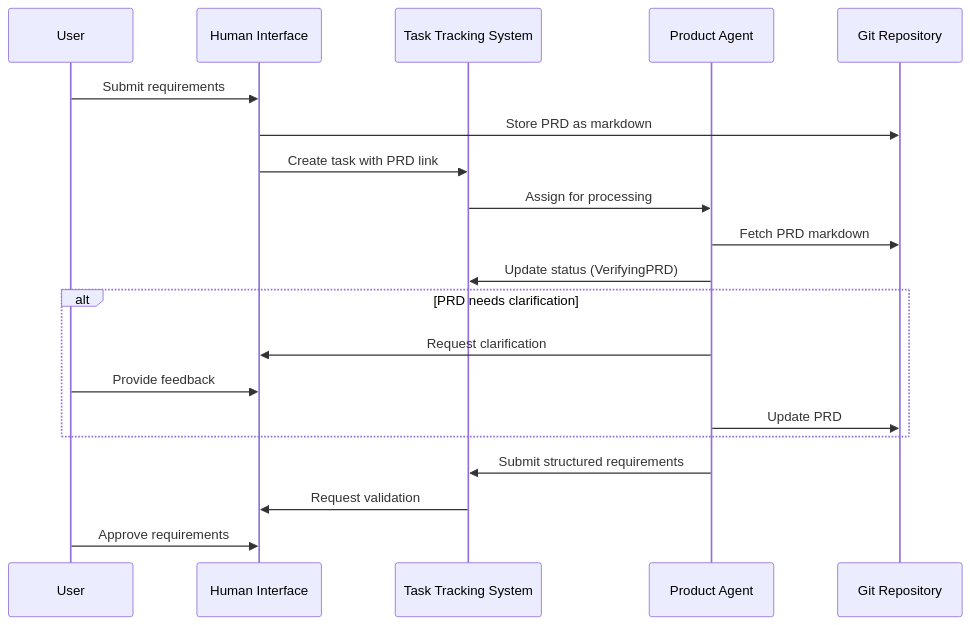
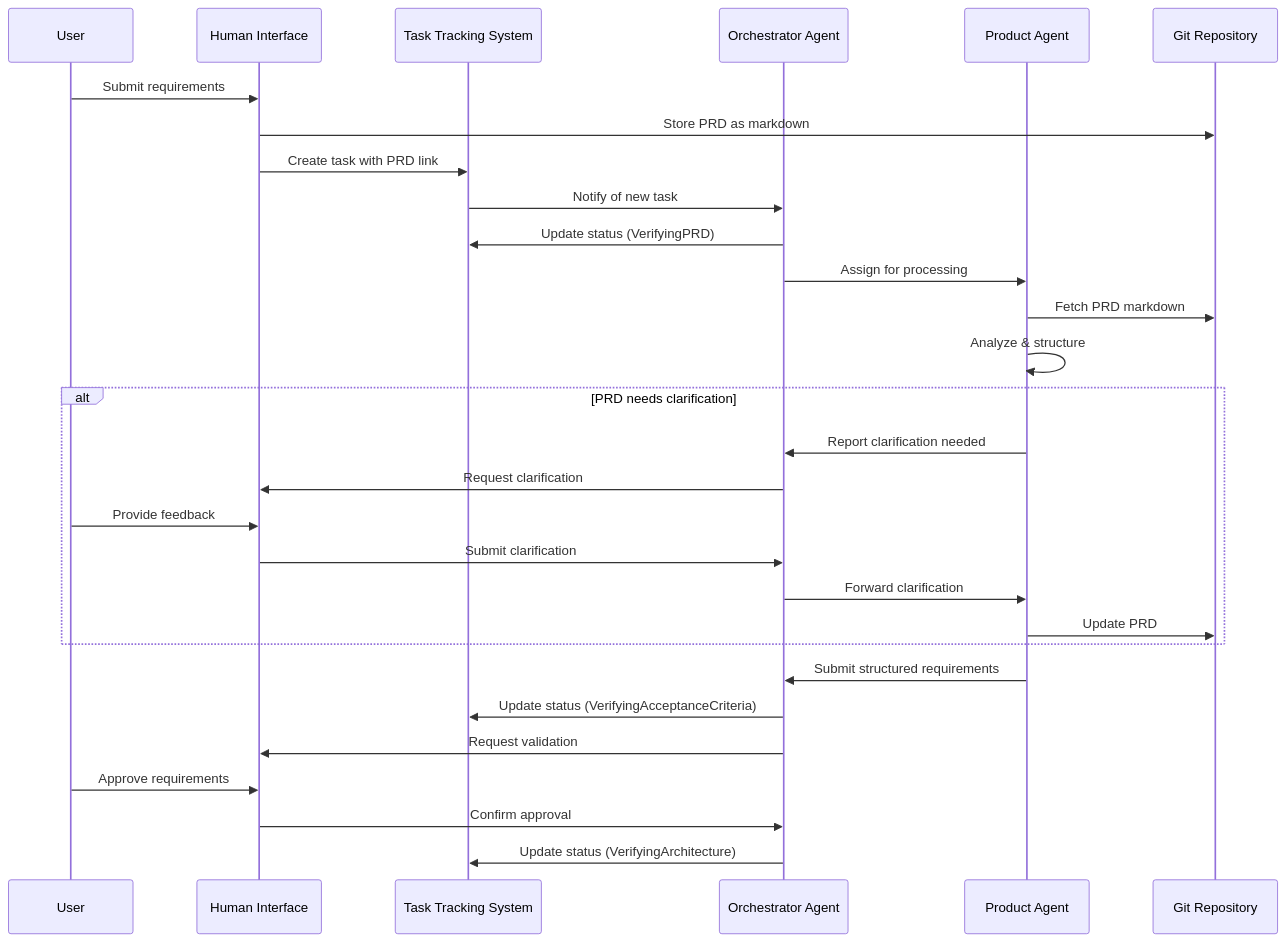
Before and after one commit to kgatilin/aihive: the first of 2 diagrams in docs/arch/high_level_architecture.md, drawn with Mermaid. The commit also changed other lines of this file and 3 other files, not shown here.

Commit message:
Reintegrate Orchestrator Agent into the architecture documentation

````diff
--- a/docs/arch/high_level_architecture.md
+++ b/docs/arch/high_level_architecture.md
@@ -20,23 +21,34 @@
 ```mermaid
 sequenceDiagram
     participant User
     participant HI as Human Interface
     participant TTS as Task Tracking System
+    participant OA as Orchestrator Agent
     participant PA as Product Agent
     participant Git as Git Repository
     
     User->>HI: Submit requirements
     HI->>Git: Store PRD as markdown
     HI->>TTS: Create task with PRD link
-    TTS->>PA: Assign for processing
+    TTS->>OA: Notify of new task
+    OA->>TTS: Update status (VerifyingPRD)
+    OA->>PA: Assign for processing
     PA->>Git: Fetch PRD markdown
-    PA->>TTS: Update status (VerifyingPRD)
+    PA->>PA: Analyze & structure
+    
     alt PRD needs clarification
-        PA->>HI: Request clarification
+        PA->>OA: Report clarification needed
+        OA->>HI: Request clarification
         User->>HI: Provide feedback
+        HI->>OA: Submit clarification
+        OA->>PA: Forward clarification
         PA->>Git: Update PRD
     end
-    PA->>TTS: Submit structured requirements
-    TTS->>HI: Request validation
+    
+    PA->>OA: Submit structured requirements
+    OA->>TTS: Update status (VerifyingAcceptanceCriteria)
+    OA->>HI: Request validation
     User->>HI: Approve requirements
+    HI->>OA: Confirm approval
+    OA->>TTS: Update status (VerifyingArchitecture)
 ```
````
